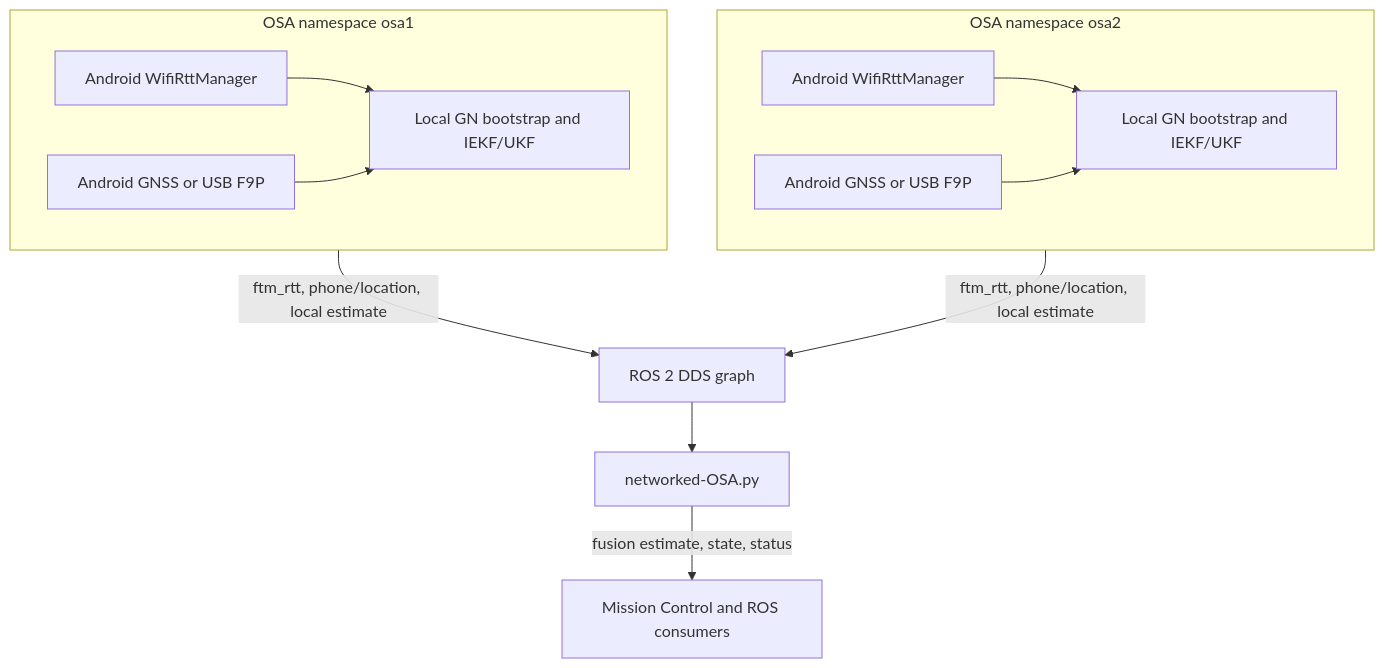
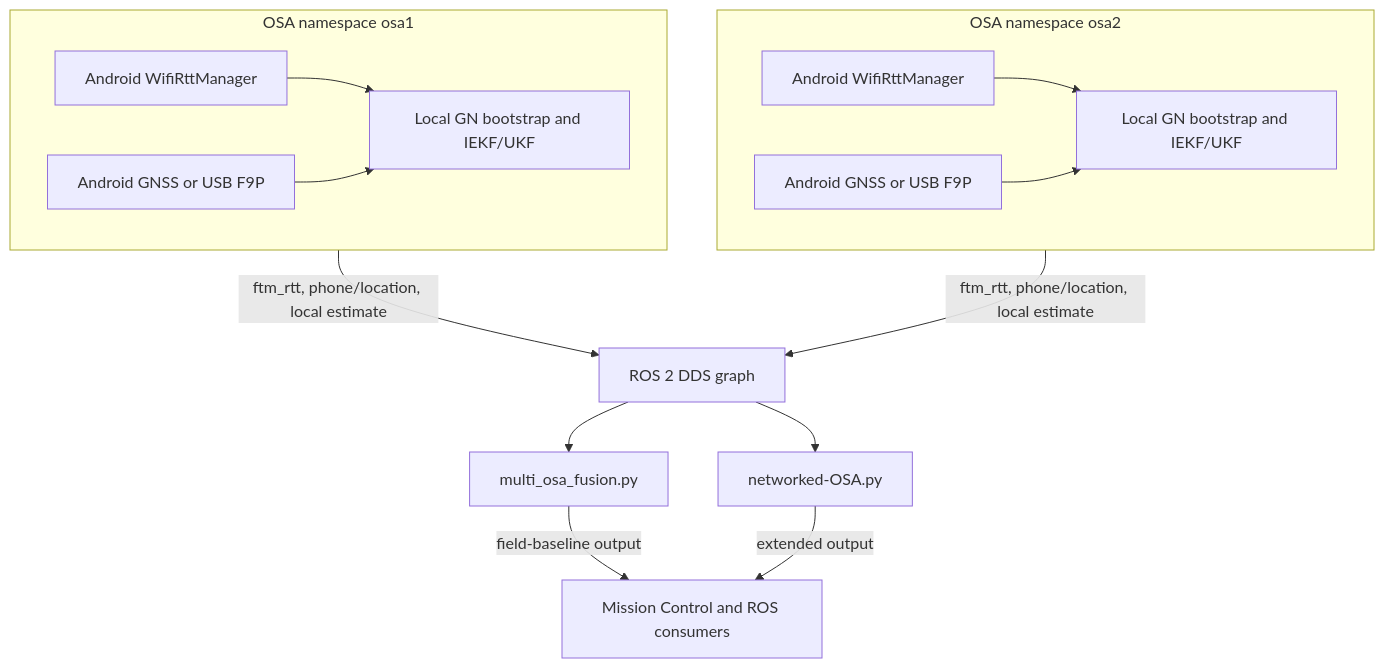
Before and after one commit to jbravoMlg/rtt-ftm-localization-ros2: the diagram in docs/TECHNICAL.md, drawn with Mermaid. The commit also changed other lines of this file and 2 other files, not shown here.

Commit message:
Publish field-evaluated central fusion runtime

````diff
--- a/docs/TECHNICAL.md
+++ b/docs/TECHNICAL.md
@@ -19,23 +19,25 @@
 ```mermaid
 flowchart TB
     subgraph OSA1[OSA namespace osa1]
         RTT1[Android WifiRttManager]
         GPS1[Android GNSS or USB F9P]
         EST1[Local GN bootstrap and IEKF/UKF]
         RTT1 --> EST1
         GPS1 --> EST1
     end
 
     subgraph OSA2[OSA namespace osa2]
         RTT2[Android WifiRttManager]
         GPS2[Android GNSS or USB F9P]
         EST2[Local GN bootstrap and IEKF/UKF]
         RTT2 --> EST2
         GPS2 --> EST2
     end
 
     OSA1 -->|ftm_rtt, phone/location, local estimate| DDS[ROS 2 DDS graph]
     OSA2 -->|ftm_rtt, phone/location, local estimate| DDS
+    DDS --> BASE[multi_osa_fusion.py]
     DDS --> NET[networked-OSA.py]
-    NET -->|fusion estimate, state, status| UI[Mission Control and ROS consumers]
+    BASE -->|field-baseline output| UI[Mission Control and ROS consumers]
+    NET -->|extended output| UI
 ```
````
